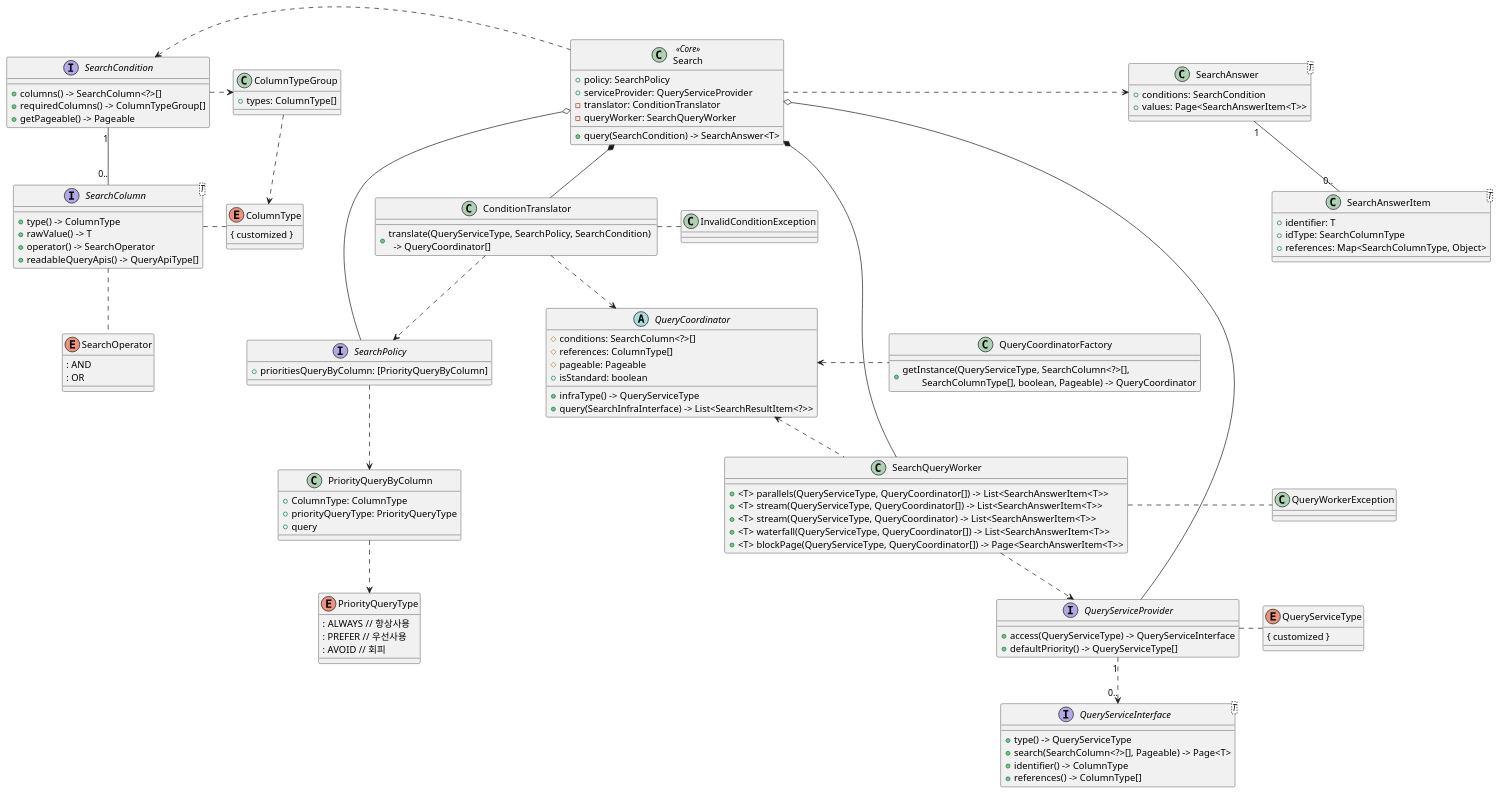
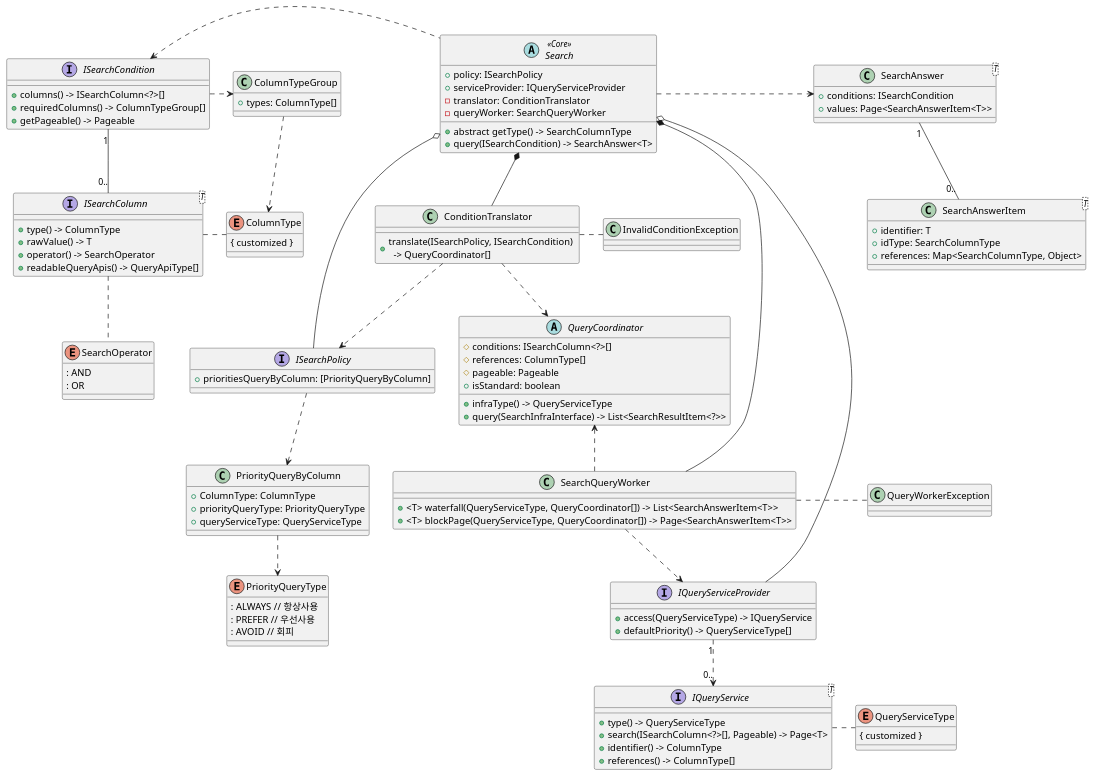
The diagram in src/main/java/net/deanly/structure/search/domain/search/_doc/class_diagram.puml (Deanly/flexible-integrated-searcher), drawn with PlantUML before and after one commit. The commit also changed 17 other files, not shown here.

Commit message:
Add, diagrams (Domain, Class). Setup, package structure.

```diff
--- a/src/main/java/net/deanly/structure/search/domain/search/_doc/class_diagram.puml
+++ b/src/main/java/net/deanly/structure/search/domain/search/_doc/class_diagram.puml
@@ -1,179 +1,172 @@
 @startuml
 
 /' SearchProduct
  - Core Domain
 '/
-class Search<<Core>> {
-    + policy: SearchPolicy
-    + serviceProvider: QueryServiceProvider
+abstract Search<<Core>> {
+    + policy: ISearchPolicy
+    + serviceProvider: IQueryServiceProvider
     - translator: ConditionTranslator
     - queryWorker: SearchQueryWorker
-    + query(SearchCondition) -> SearchAnswer<T>
+
+    + abstract getType() -> SearchColumnType
+    + query(ISearchCondition) -> SearchAnswer<T>
 }
 
-/' SearchCondition
+/' ISearchCondition
  - 검색 도메인 가시화
  - 검색 조건 정의
  - 버전 관리
 '/
-interface SearchCondition {
-    + columns() -> SearchColumn<?>[]
+interface ISearchCondition {
+    + columns() -> ISearchColumn<?>[]
     + requiredColumns() -> ColumnTypeGroup[]
     + getPageable() -> Pageable
 }
 
 class ColumnTypeGroup {
     + types: ColumnType[]
 }
 
-interface SearchColumn<T> {
+interface ISearchColumn<T> {
     + type() -> ColumnType
     + rawValue() -> T
     + operator() -> SearchOperator
     + readableQueryApis() -> QueryApiType[]
 }
 
 enum ColumnType {
     { customized }
 }
 
 enum SearchOperator {
     : AND
     : OR
 }
 
-
 class SearchAnswer<T> {
-    + conditions: SearchCondition
+    + conditions: ISearchCondition
     + values: Page<SearchAnswerItem<T>>
 }
 
 class SearchAnswerItem<T> {
     + identifier: T
     + idType: SearchColumnType
     + references: Map<SearchColumnType, Object>
 }
 
 
 /' ConditionTranslator
 
 validation
  - 필수 값 검사, 실패시 예외 InvalidConditionException.
  - QueryAPIProvider 지원 여부 검사, 실패시 예외 InvalidConditionException.
 
-translation by SearchPolicy
+translation by ISearchPolicy
  1. Or/And 그룹화.
  2. PriorityQueryByColumn
 
 '/
 
 class ConditionTranslator {
-    + translate(QueryServiceType, SearchPolicy, SearchCondition) \n  -> QueryCoordinator[]
+    + translate(ISearchPolicy, ISearchCondition) \n  -> QueryCoordinator[]
 }
 
 class InvalidConditionException
 
 
-/' SearchPolicyProvider
+/' ISearchPolicyProvider
 '/
-interface SearchPolicy {
+interface ISearchPolicy {
     + prioritiesQueryByColumn: [PriorityQueryByColumn]
 }
 
 class PriorityQueryByColumn {
     + ColumnType: ColumnType
     + priorityQueryType: PriorityQueryType
-    + query
+    + queryServiceType: QueryServiceType
 }
 
 enum PriorityQueryType {
 : ALWAYS // 항상사용
 : PREFER // 우선사용
 : AVOID // 회피
 }
 
 
 class QueryWorkerException
 
 /' SearchQueryWorker
 '/
 class SearchQueryWorker {
-    + <T> parallels(QueryServiceType, QueryCoordinator[]) -> List<SearchAnswerItem<T>>
-    + <T> stream(QueryServiceType, QueryCoordinator[]) -> List<SearchAnswerItem<T>>
-    + <T> stream(QueryServiceType, QueryCoordinator) -> List<SearchAnswerItem<T>>
     + <T> waterfall(QueryServiceType, QueryCoordinator[]) -> List<SearchAnswerItem<T>>
     + <T> blockPage(QueryServiceType, QueryCoordinator[]) -> Page<SearchAnswerItem<T>>
 }
 
 /' QueryCoordinator
 '/
 abstract QueryCoordinator {
-    # conditions: SearchColumn<?>[]
+    # conditions: ISearchColumn<?>[]
     # references: ColumnType[]
     # pageable: Pageable
     + isStandard: boolean
     + infraType() -> QueryServiceType
     + query(SearchInfraInterface) -> List<SearchResultItem<?>>
 }
 
-class QueryCoordinatorFactory {
-    + getInstance(QueryServiceType, SearchColumn<?>[], \n\tSearchColumnType[], boolean, Pageable) -> QueryCoordinator
-}
-
-/' QueryServiceInterface
- - 기본 순서는 QueryServiceProvider 에 정의된 순서.
+/' IQueryService
+ - 기본 순서는 IQueryServiceProvider 에 정의된 순서.
 '/
-interface QueryServiceInterface<T> {
+interface IQueryService<T> {
     + type() -> QueryServiceType
-    + search(SearchColumn<?>[], Pageable) -> Page<T>
+    + search(ISearchColumn<?>[], Pageable) -> Page<T>
     + identifier() -> ColumnType
     + references() -> ColumnType[]
 }
 
-interface QueryServiceProvider {
-    + access(QueryServiceType) -> QueryServiceInterface
+interface IQueryServiceProvider {
+    + access(QueryServiceType) -> IQueryService
     + defaultPriority() -> QueryServiceType[]
 }
 
 enum QueryServiceType {
 { customized }
 }
 
 
 Search .> SearchAnswer
 Search *-- SearchQueryWorker
 Search *-- ConditionTranslator
-Search o--- QueryServiceProvider
-Search o--- SearchPolicy
+Search o--- IQueryServiceProvider
+Search o--- ISearchPolicy
 
-SearchCondition "1" -- "0.." SearchColumn
-SearchCondition <. Search
-SearchCondition .> ColumnTypeGroup
+ISearchCondition "1" -- "0.." ISearchColumn
+ISearchCondition <. Search
+ISearchCondition .> ColumnTypeGroup
 
-SearchColumn . ColumnType
-SearchColumn .. SearchOperator
+ISearchColumn . ColumnType
+ISearchColumn .. SearchOperator
 
 ColumnTypeGroup ..> ColumnType
 
-QueryServiceProvider "1" ..> "0.." QueryServiceInterface
-QueryServiceProvider . QueryServiceType
+IQueryServiceProvider "1" ..> "0.." IQueryService
 
-SearchPolicy ..> PriorityQueryByColumn
+IQueryService . QueryServiceType
+
+ISearchPolicy ..> PriorityQueryByColumn
 
 PriorityQueryByColumn ..> PriorityQueryType
 
-ConditionTranslator ..> SearchPolicy
+ConditionTranslator ..> ISearchPolicy
 
-SearchQueryWorker ..> QueryServiceProvider
+SearchQueryWorker ..> IQueryServiceProvider
 SearchQueryWorker . QueryWorkerException
-
-QueryCoordinator <. QueryCoordinatorFactory
 
 QueryCoordinator <.. SearchQueryWorker
 
 ConditionTranslator ..> QueryCoordinator
 ConditionTranslator . InvalidConditionException
 
 SearchAnswer "1" -- "0.." SearchAnswerItem
 
 @enduml
```
